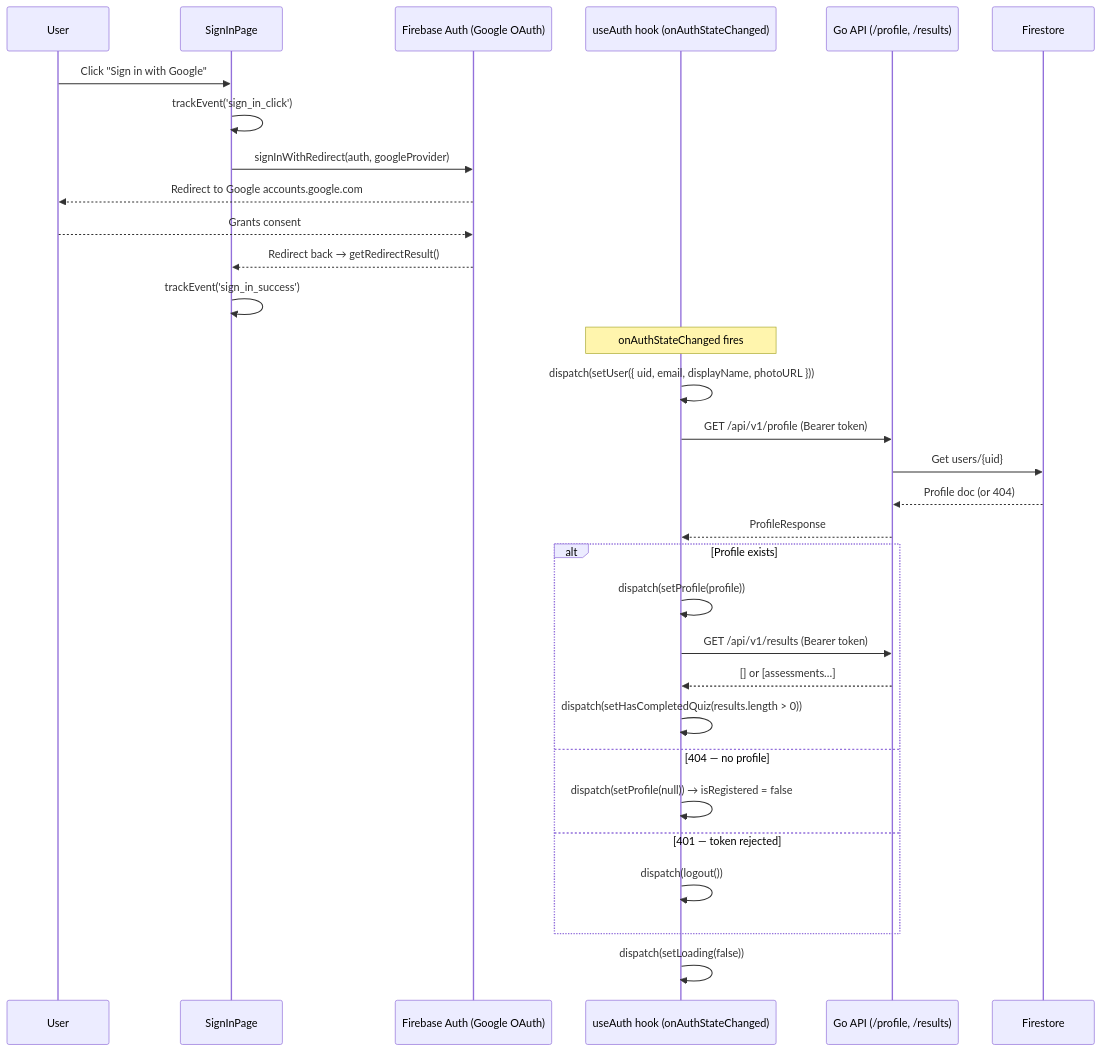
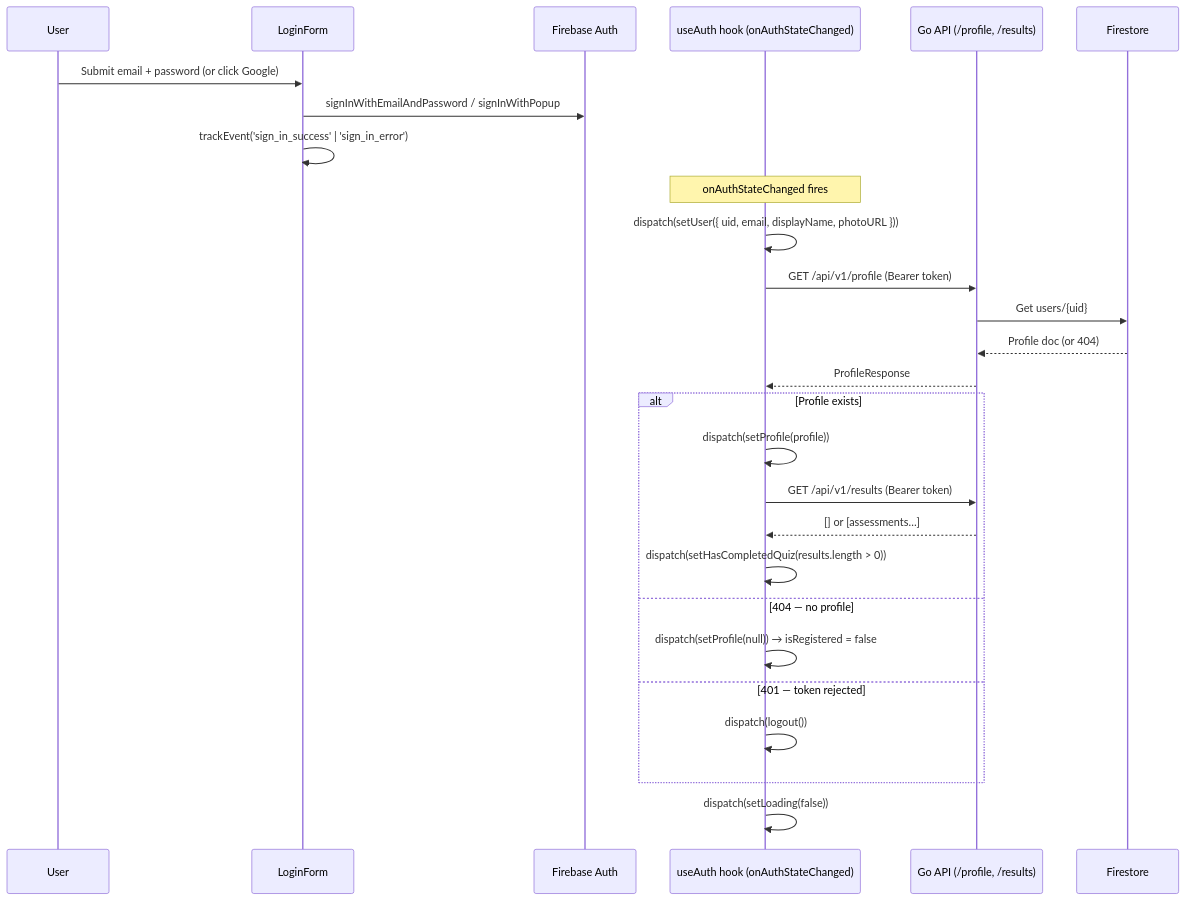
The first of 3 diagrams in docs/product/auth/feature-spec.md (sathittham/factory-sync-solutions), drawn with Mermaid before and after one commit. The commit also changed other lines of this file and 103 other files, not shown here.

````diff
--- a/docs/product/auth/feature-spec.md
+++ b/docs/product/auth/feature-spec.md
@@ -82,36 +99,32 @@
 ```mermaid
 sequenceDiagram
     participant U as User
-    participant SP as SignInPage
-    participant FB as Firebase Auth (Google OAuth)
+    participant LF as LoginForm
+    participant FB as Firebase Auth
     participant RL as useAuth hook (onAuthStateChanged)
     participant API as Go API (/profile, /results)
     participant FS as Firestore
 
-    U->>SP: Click "Sign in with Google"
-    SP->>SP: trackEvent('sign_in_click')
-    SP->>FB: signInWithRedirect(auth, googleProvider)
-    FB-->>U: Redirect to Google accounts.google.com
-    U-->>FB: Grants consent
-    FB-->>SP: Redirect back → getRedirectResult()
-    SP->>SP: trackEvent('sign_in_success')
+    U->>LF: Submit email + password (or click Google)
+    LF->>FB: signInWithEmailAndPassword / signInWithPopup
+    LF->>LF: trackEvent('sign_in_success' | 'sign_in_error')
 
     note over RL: onAuthStateChanged fires
     RL->>RL: dispatch(setUser({ uid, email, displayName, photoURL }))
     RL->>API: GET /api/v1/profile (Bearer token)
     API->>FS: Get users/{uid}
     FS-->>API: Profile doc (or 404)
     API-->>RL: ProfileResponse
 
     alt Profile exists
         RL->>RL: dispatch(setProfile(profile))
         RL->>API: GET /api/v1/results (Bearer token)
         API-->>RL: [] or [assessments…]
         RL->>RL: dispatch(setHasCompletedQuiz(results.length > 0))
     else 404 — no profile
         RL->>RL: dispatch(setProfile(null)) → isRegistered = false
     else 401 — token rejected
         RL->>RL: dispatch(logout())
     end
     RL->>RL: dispatch(setLoading(false))
 ```
````
